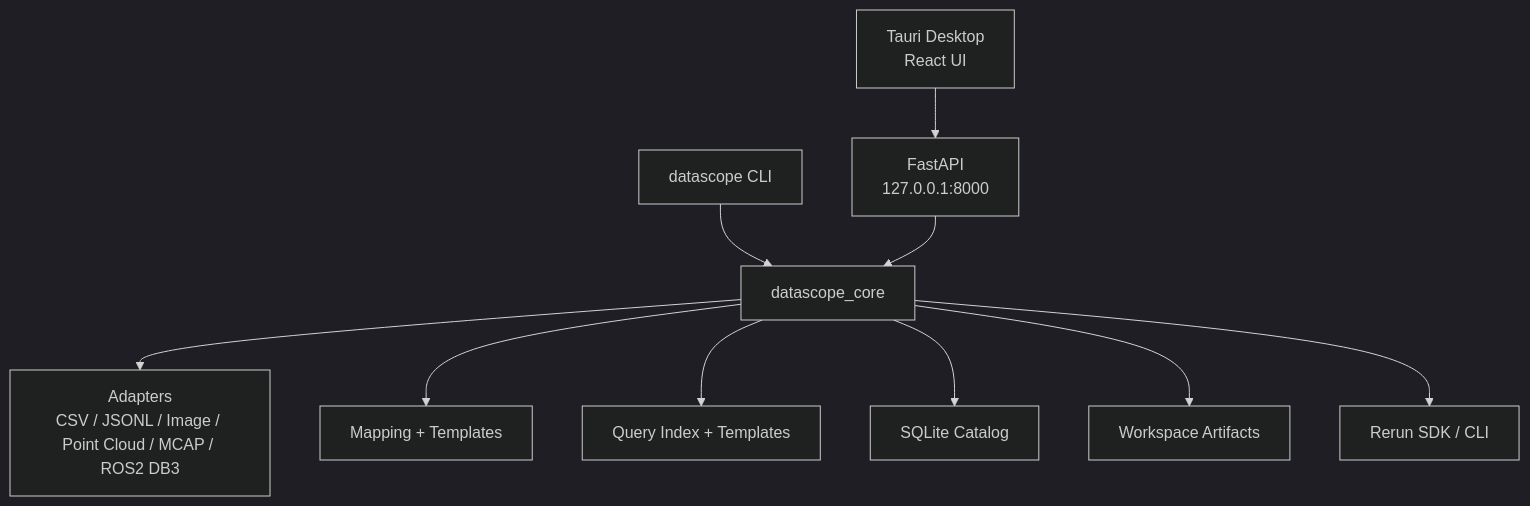
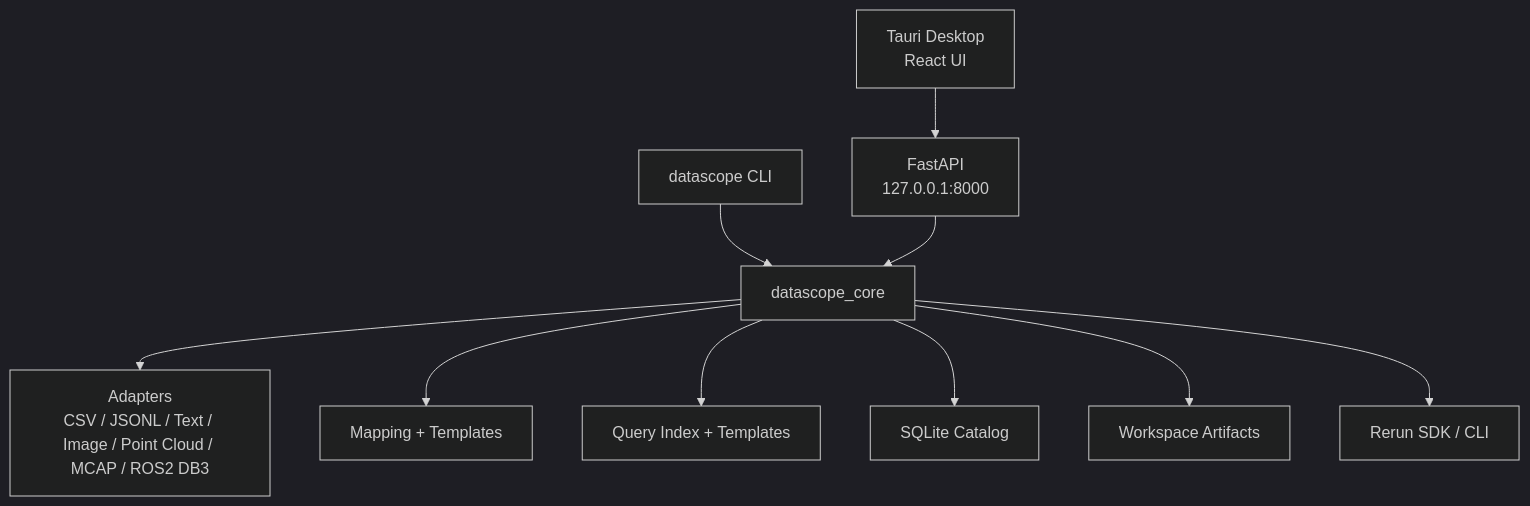
The diagram in docs/architecture/README.md (MzKyle/DataScope-Studio), drawn with Mermaid (dark theme) before and after one commit. The commit also changed 28 other files, not shown here.

````diff
--- a/docs/architecture/README.md
+++ b/docs/architecture/README.md
@@ -5,12 +5,12 @@
 ```mermaid
 graph TB
     DESK["Tauri Desktop<br/>React UI"] --> HTTP["FastAPI<br/>127.0.0.1:8000"]
     CLI["datascope CLI"] --> CORE["datascope_core"]
     HTTP --> CORE
-    CORE --> ADAPTERS["Adapters<br/>CSV / JSONL / Image / Point Cloud / MCAP / ROS2 DB3"]
+    CORE --> ADAPTERS["Adapters<br/>CSV / JSONL / Text / Image / Point Cloud / MCAP / ROS2 DB3"]
     CORE --> MAP["Mapping + Templates"]
     CORE --> QUERY["Query Index + Templates"]
     CORE --> DB["SQLite Catalog"]
     CORE --> FILES["Workspace Artifacts"]
     CORE --> RR["Rerun SDK / CLI"]
 ```
````
